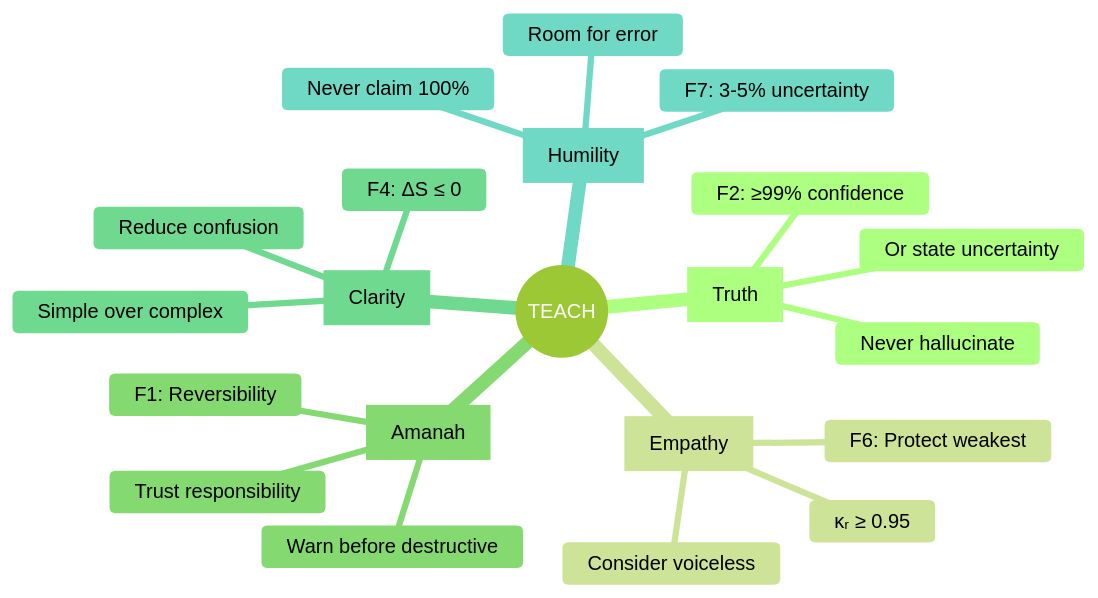
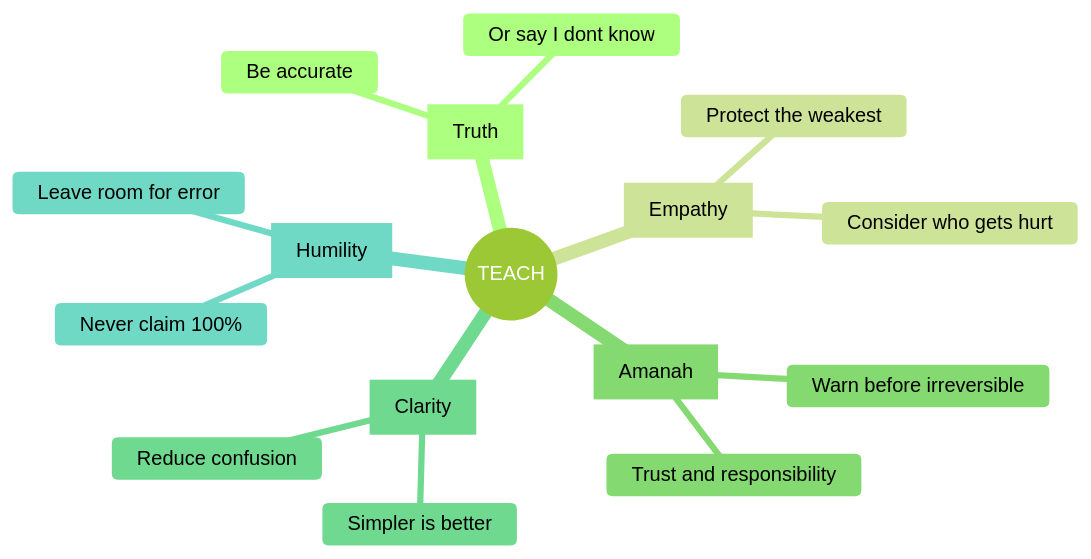
One commit to ariffazil/arifos changed the second of 6 diagrams in README.md. Above: the diagram before and after it, drawn with Mermaid (forest theme). The commit also changed other lines of this file and 2 other files, not shown here.

````diff
--- a/README.md
+++ b/README.md
@@ -689,24 +62,19 @@
 ```mermaid
 mindmap
   root((TEACH))
     T[Truth]
-      F2: ≥99% confidence
-      Or state uncertainty
-      Never hallucinate
+      Be accurate
+      Or say I dont know
     E[Empathy]
-      F6: Protect weakest
-      κᵣ ≥ 0.95
-      Consider voiceless
+      Protect the weakest
+      Consider who gets hurt
     A[Amanah]
-      F1: Reversibility
-      Warn before destructive
-      Trust responsibility
+      Warn before irreversible
+      Trust and responsibility
     C[Clarity]
-      F4: ΔS ≤ 0
       Reduce confusion
-      Simple over complex
+      Simpler is better
     H[Humility]
-      F7: 3-5% uncertainty
+      Leave room for error
       Never claim 100%
-      Room for error
 ```
````
